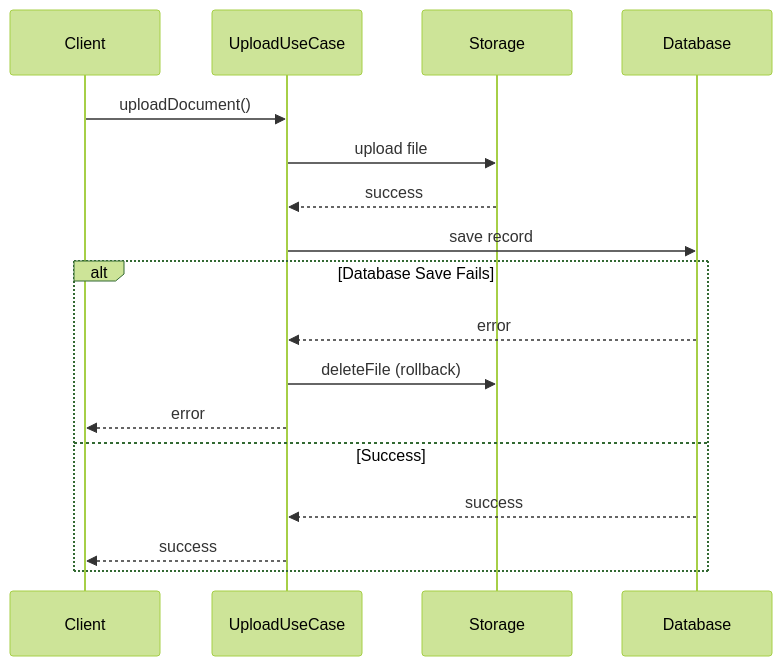
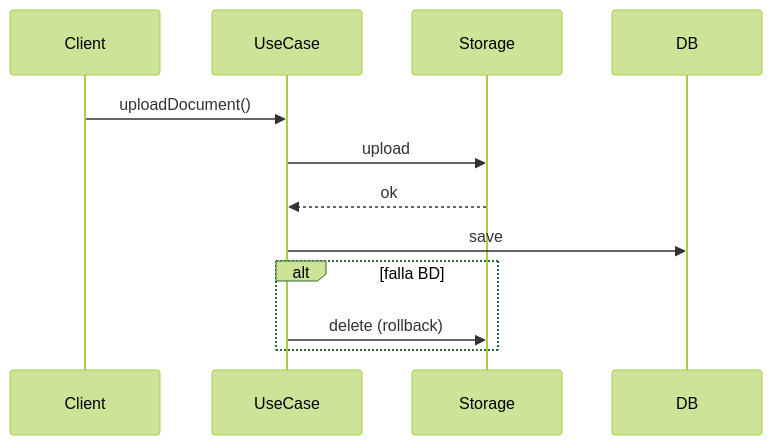
The first of 3 diagrams in backend/src/modules/repository_documents/docs/CONSISTENCY_PATTERN.md (PaulLandaeta/Learning-Agent), drawn with Mermaid (forest theme) before and after one commit. The commit also changed other lines of this file and 1 other file, not shown here.

Commit message:
Feat-234-strong-consistency-storage-db

````diff
--- a/backend/src/modules/repository_documents/docs/CONSISTENCY_PATTERN.md
+++ b/backend/src/modules/repository_documents/docs/CONSISTENCY_PATTERN.md
@@ -17,20 +14,10 @@
 ```mermaid
 sequenceDiagram
-    participant Client
-    participant UploadUseCase
-    participant Storage
-    participant Database
-    
-    Client->>UploadUseCase: uploadDocument()
-    UploadUseCase->>Storage: upload file
-    Storage-->>UploadUseCase: success
-    UploadUseCase->>Database: save record
-    alt Database Save Fails
-        Database-->>UploadUseCase: error
-        UploadUseCase->>Storage: deleteFile (rollback)
-        UploadUseCase-->>Client: error
-    else Success
-        Database-->>UploadUseCase: success
-        UploadUseCase-->>Client: success
+    Client->>UseCase: uploadDocument()
+    UseCase->>Storage: upload
+    Storage-->>UseCase: ok
+    UseCase->>DB: save
+    alt falla BD
+        UseCase->>Storage: delete (rollback)
     end
 ```
````
